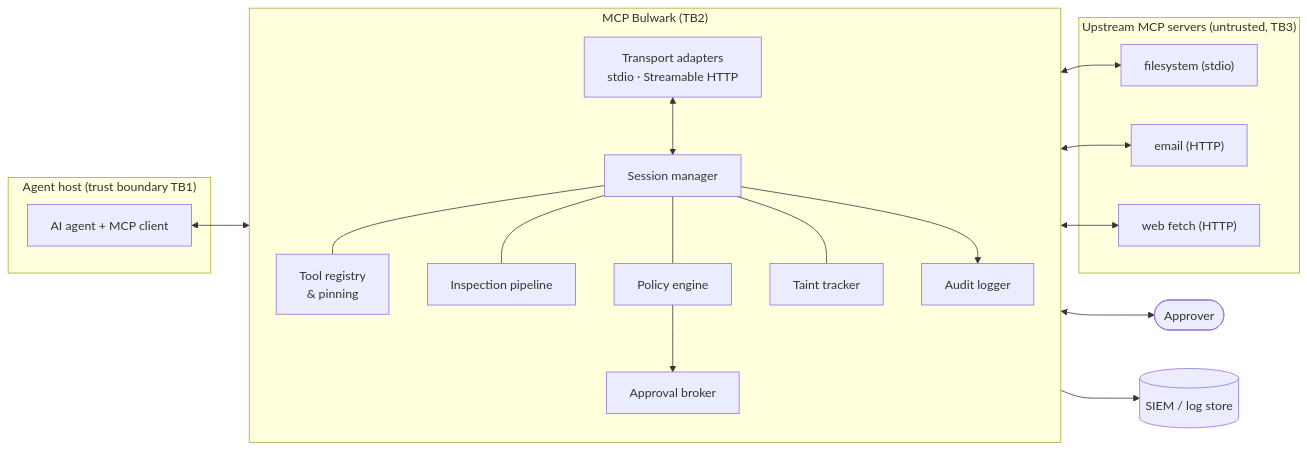
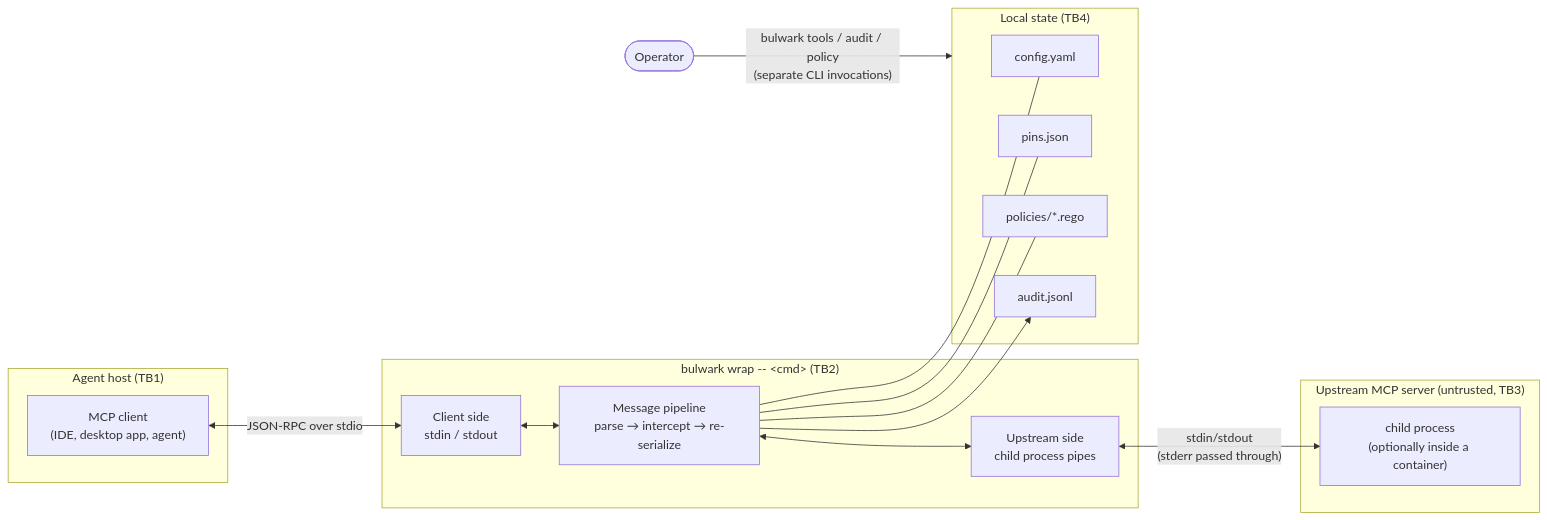
Before and after one commit to 1337-llama/robust-mcp-bulwark: the second of 7 diagrams in DESIGN.md, drawn with Mermaid. The commit also changed other lines of this file and 8 other files, not shown here.

First line of the commit message:
Design 02: architecture, threat model, language and policy engine (#2)

````diff
--- a/DESIGN.md
+++ b/DESIGN.md
@@ -181,36 +215,29 @@
 ```mermaid
 flowchart LR
-  subgraph Host["Agent host (trust boundary TB1)"]
-    A["AI agent + MCP client"]
+  subgraph Host["Agent host (TB1)"]
+    C["MCP client<br/>(IDE, desktop app, agent)"]
   end
-  subgraph GW["MCP Bulwark (TB2)"]
-    direction TB
-    T["Transport adapters<br/>stdio · Streamable HTTP"]
-    S["Session manager"]
-    R["Tool registry<br/>& pinning"]
-    I["Inspection pipeline"]
-    P["Policy engine"]
-    F["Taint tracker"]
-    H["Approval broker"]
-    L["Audit logger"]
+  subgraph BW["bulwark wrap -- &lt;cmd&gt; (TB2)"]
+    FE["Client side<br/>stdin / stdout"]
+    PL["Message pipeline<br/>parse → intercept → re-serialize"]
+    BE["Upstream side<br/>child process pipes"]
   end
-  subgraph Up["Upstream MCP servers (untrusted, TB3)"]
-    U1["filesystem (stdio)"]
-    U2["email (HTTP)"]
-    U3["web fetch (HTTP)"]
+  subgraph Up["Upstream MCP server (untrusted, TB3)"]
+    S["child process<br/>(optionally inside a container)"]
   end
-  Human(["Approver"])
-  SIEM[("SIEM / log store")]
-  A <--> T
-  T <--> S
-  S --- R
-  S --- I
-  S --- P
-  S --- F
-  P --> H
-  H <--> Human
-  S --> L --> SIEM
-  S <--> U1
-  S <--> U2
-  S <--> U3
+  subgraph St["Local state (TB4)"]
+    CF["config.yaml"]
+    PN["pins.json"]
+    PO["policies/*.rego"]
+    AU["audit.jsonl"]
+  end
+  OP(["Operator"])
+  C <-->|"JSON-RPC over stdio"| FE
+  FE <--> PL <--> BE
+  BE <-->|"stdin/stdout<br/>(stderr passed through)"| S
+  PL --- CF
+  PL --- PN
+  PL --- PO
+  PL --> AU
+  OP -->|"bulwark tools / audit / policy<br/>(separate CLI invocations)"| St
 ```
````
